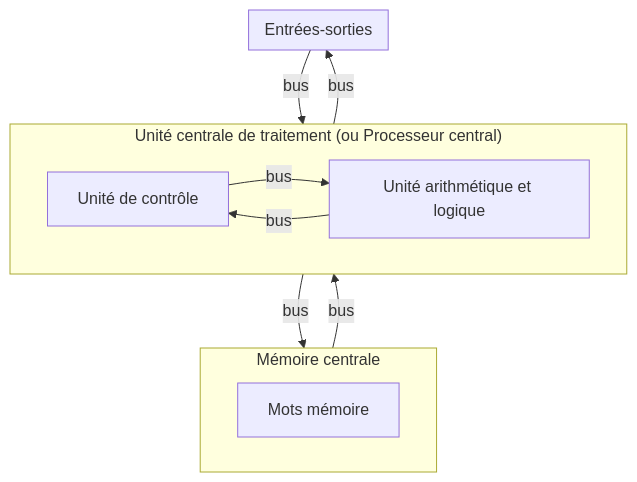
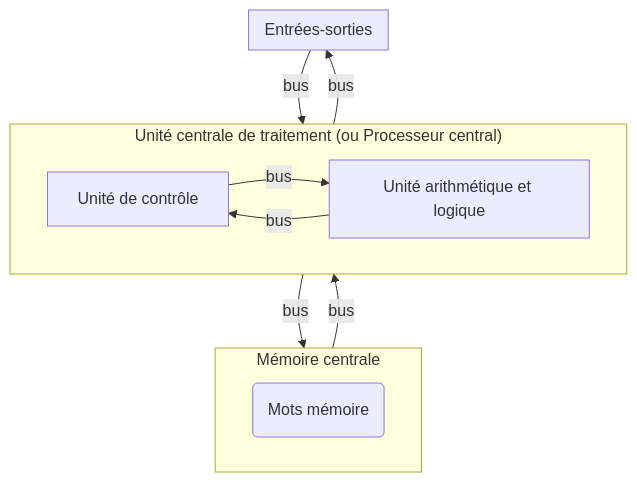
The diagram in première/Architecture_des_machines/Modèle_Von_Neumann.md (boddaert/nsi), drawn with Mermaid before and after one commit.

````diff
--- a/première/Architecture_des_machines/Modèle_Von_Neumann.md
+++ b/première/Architecture_des_machines/Modèle_Von_Neumann.md
@@ -23,21 +23,21 @@
 ```mermaid
 flowchart TB
     
     subgraph a["Unité centrale de traitement (ou Processeur central)"]
         b["Unité de contrôle"] -- bus --> c["Unité arithmétique et logique"]
         c -- bus --> b
     end
 
     subgraph d["Mémoire centrale"]
-        f["Mots mémoire"]
+        f("Mots mémoire")
     end
     
 
     subgraph e["Entrées-sorties"]
     end
 
     a -- bus --> d
     d -- bus --> a
     e -- bus --> a
     a -- bus --> e
 ```
````
